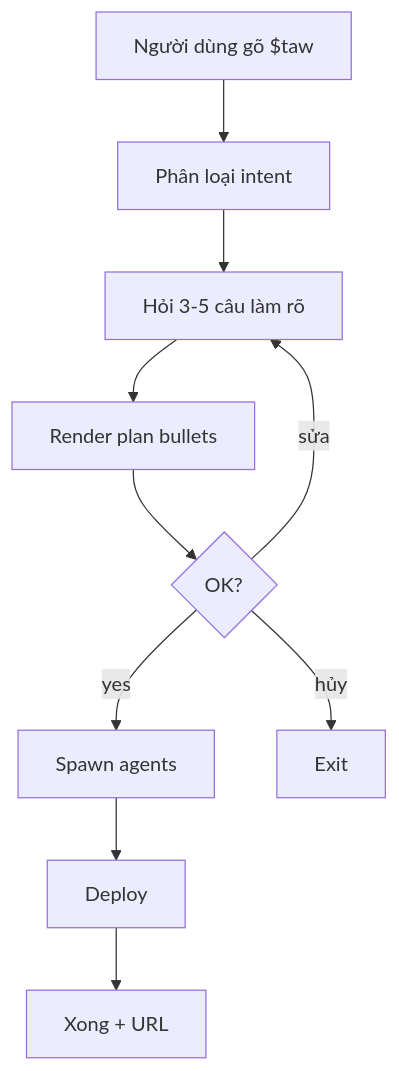
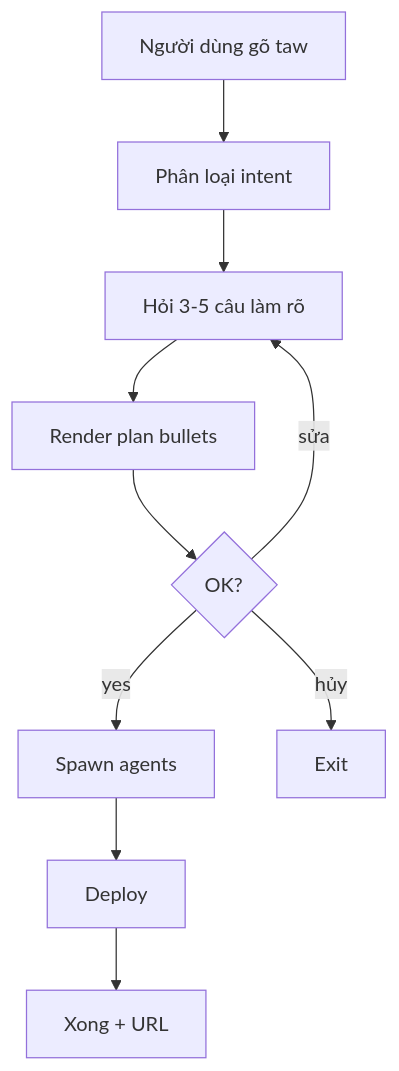
One commit to the-agents-work/taw-kit-codex changed the first of 2 diagrams in plugins/taw/skills/mermaidjs-v11/SKILL.md. Above: the diagram before and after it, drawn with Mermaid. The commit also changed other lines of this file and 32 other files, not shown here.

````diff
--- a/plugins/taw/skills/mermaidjs-v11/SKILL.md
+++ b/plugins/taw/skills/mermaidjs-v11/SKILL.md
@@ -38,12 +38,12 @@
 ```mermaid
 flowchart TD
-  U["Người dùng gõ $taw"] --> C["Phân loại intent"]
+  U["Người dùng gõ taw"] --> C["Phân loại intent"]
   C --> Q["Hỏi 3-5 câu làm rõ"]
   Q --> P["Render plan bullets"]
   P --> G{"OK?"}
   G -- yes --> E["Spawn agents"]
   G -- sửa --> Q
   G -- hủy --> X["Exit"]
   E --> D["Deploy"]
   D --> W["Xong + URL"]
 ```
````
